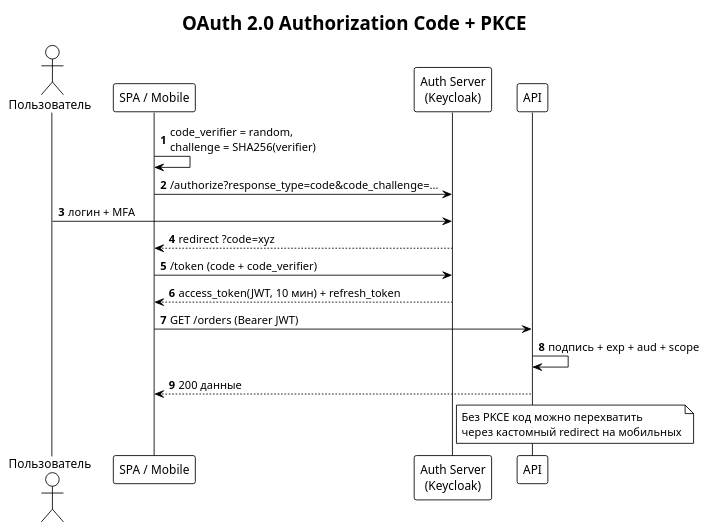
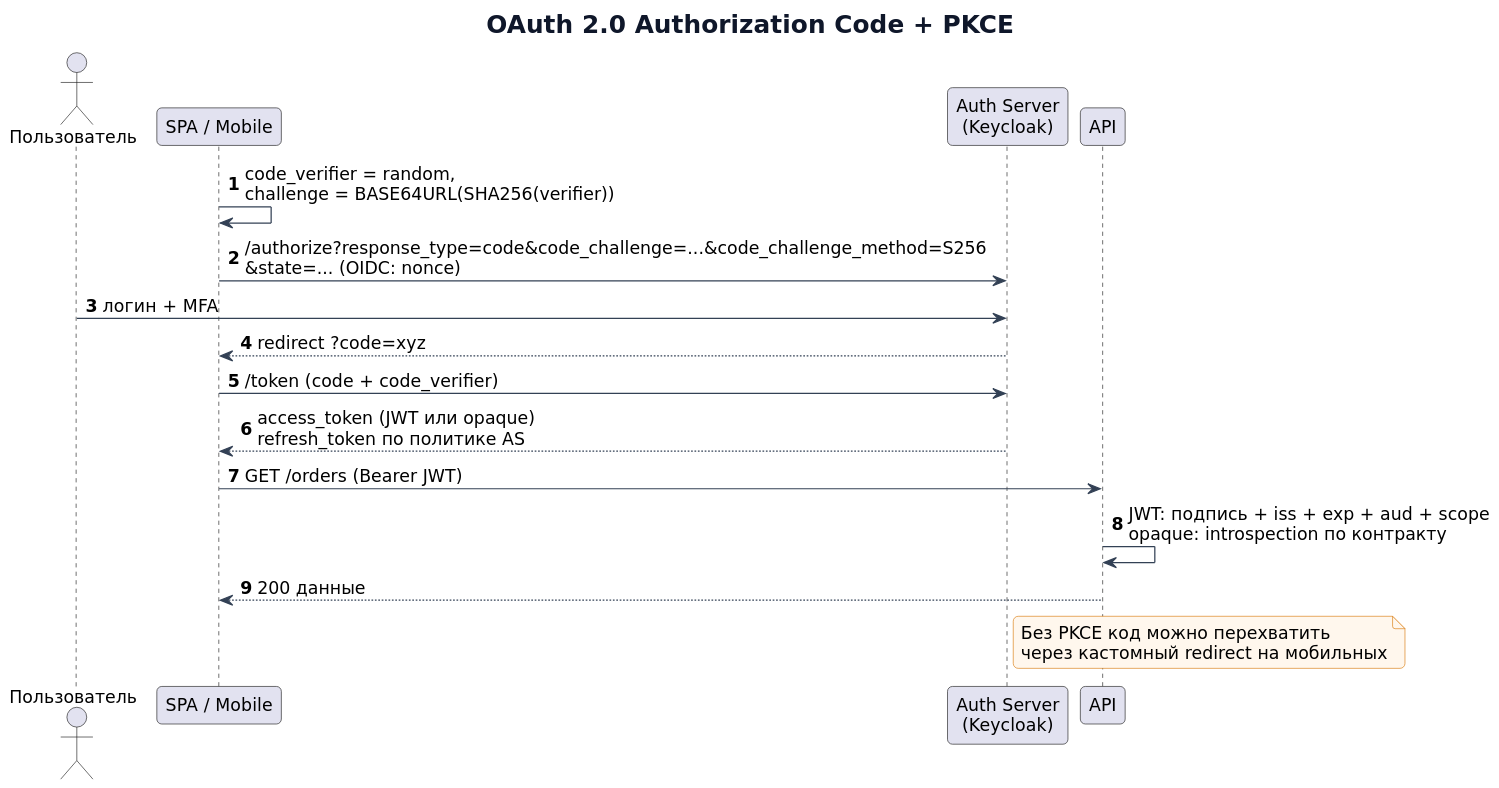
The diagram in puml_fullstack/04_oauth_pkce.puml (maedodo11/fullstack-system-analyst), drawn with PlantUML before and after one commit. The commit also changed 256 other files, not shown here.

Commit message:
Improve course accuracy, practical examples and diagram validation

```diff
--- a/puml_fullstack/04_oauth_pkce.puml
+++ b/puml_fullstack/04_oauth_pkce.puml
@@ -1,21 +1,30 @@
 @startuml 04_oauth_code_pkce
-!pragma layout smetana
-!theme plain
+skinparam defaultFontName "DejaVu Sans"
+skinparam defaultFontSize 14
+skinparam backgroundColor #FFFFFF
+skinparam shadowing false
+skinparam roundcorner 8
+skinparam ArrowColor #334155
+skinparam titleFontColor #0F172A
+skinparam titleFontSize 20
+skinparam noteBackgroundColor #FFF7ED
+skinparam noteBorderColor #D97706
+skinparam dpi 140
 title OAuth 2.0 Authorization Code + PKCE
 autonumber
 actor "Пользователь" as U
 participant "SPA / Mobile" as APP
 participant "Auth Server\n(Keycloak)" as AS
 participant "API" as API
 
-APP -> APP : code_verifier = random,\nchallenge = SHA256(verifier)
-APP -> AS : /authorize?response_type=code&code_challenge=...
+APP -> APP : code_verifier = random,\nchallenge = BASE64URL(SHA256(verifier))
+APP -> AS : /authorize?response_type=code&code_challenge=...&code_challenge_method=S256\n&state=... (OIDC: nonce)
 U -> AS : логин + MFA
 AS --> APP : redirect ?code=xyz
 APP -> AS : /token (code + code_verifier)
-AS --> APP : access_token(JWT, 10 мин) + refresh_token
+AS --> APP : access_token (JWT или opaque)\nrefresh_token по политике AS
 APP -> API : GET /orders (Bearer JWT)
-API -> API : подпись + exp + aud + scope
+API -> API : JWT: подпись + iss + exp + aud + scope\nopaque: introspection по контракту
 API --> APP : 200 данные
 note right of AS : Без PKCE код можно перехватить\nчерез кастомный redirect на мобильных
 @enduml
```
